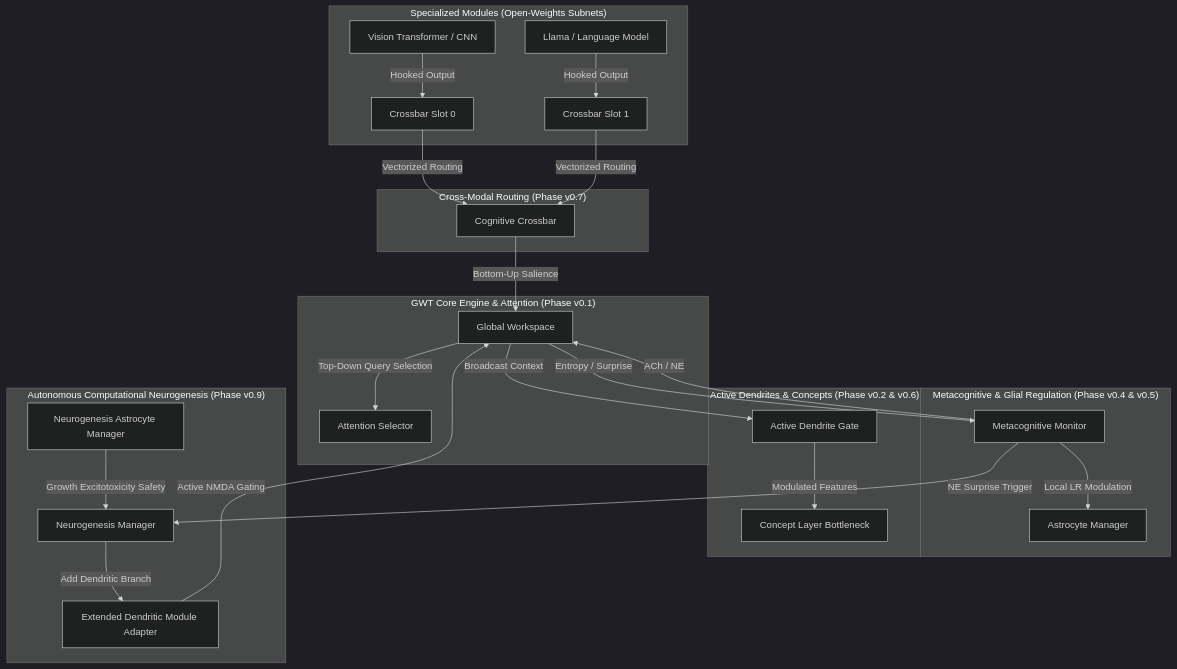
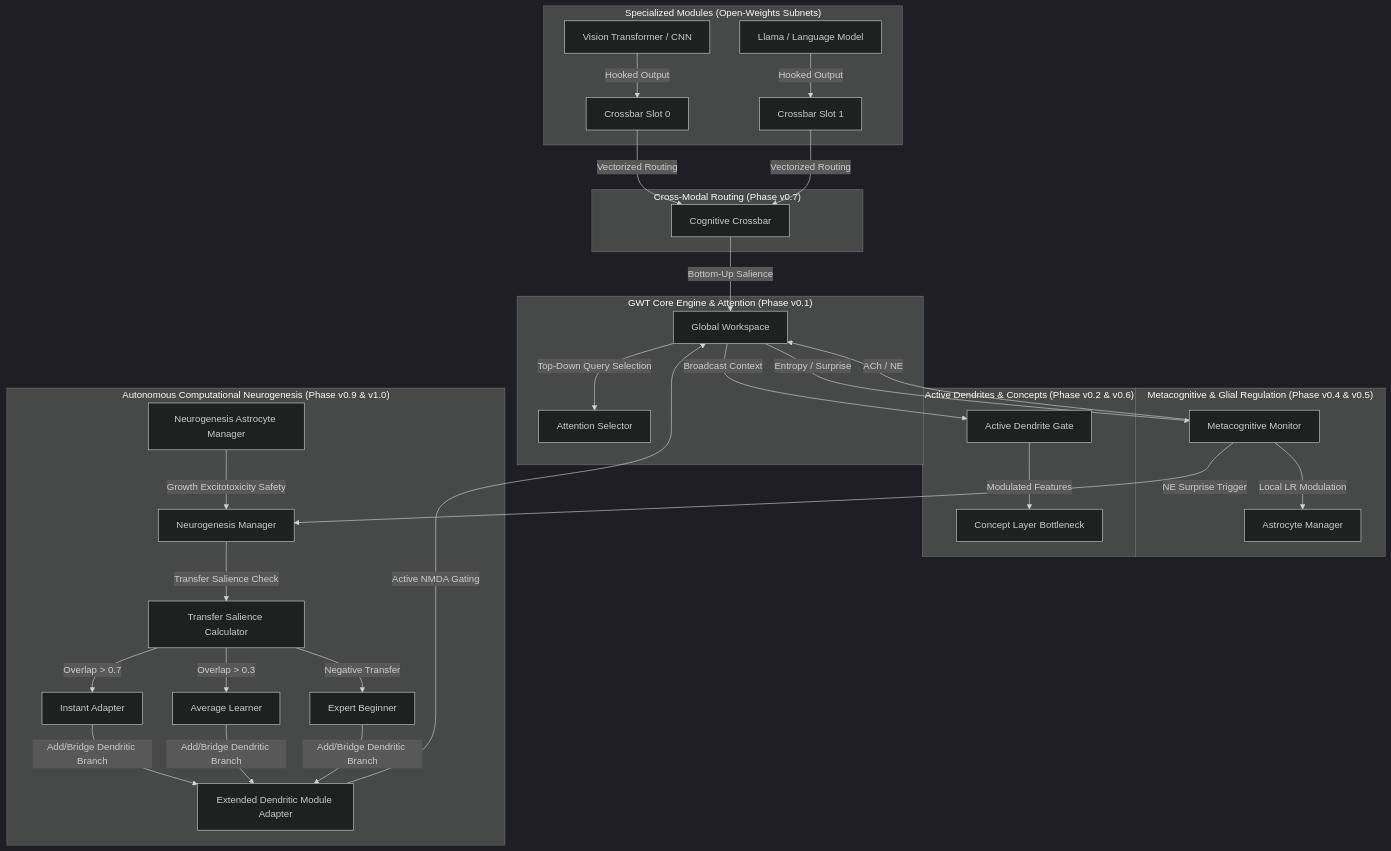
One commit to foxprint666/cognitive-layer changed the diagram in README.md. Above: the diagram before and after it, drawn with Mermaid (dark theme). The commit also changed other lines of this file and 1 other file, not shown here.

Commit message:
docs: Update README with Phase 1.0 diagrams, fix installation commands, correct Quick Start snippet, and fix engine gc bug

````diff
--- a/README.md
+++ b/README.md
@@ -17,34 +17,38 @@
 ```mermaid
 graph TD
     subgraph SM ["Specialized Modules (Open-Weights Subnets)"]
         M1[Vision Transformer / CNN] -->|Hooked Output| A1[Crossbar Slot 0]
         M2[Llama / Language Model] -->|Hooked Output| A2[Crossbar Slot 1]
     end
 
     subgraph CMR ["Cross-Modal Routing (Phase v0.7)"]
         A1 & A2 -->|Vectorized Routing| CC[Cognitive Crossbar]
     end
 
     subgraph GCE ["GWT Core Engine & Attention (Phase v0.1)"]
         CC -->|Bottom-Up Salience| GW[Global Workspace]
         GW -->|Top-Down Query Selection| AS[Attention Selector]
     end
 
     subgraph MGR ["Metacognitive & Glial Regulation (Phase v0.4 & v0.5)"]
         GW -->|Entropy / Surprise| MM[Metacognitive Monitor]
         MM -->|ACh / NE| GW
         MM -->|Local LR Modulation| AM[Astrocyte Manager]
     end
 
     subgraph ADC ["Active Dendrites & Concepts (Phase v0.2 & v0.6)"]
         GW -->|Broadcast Context| ADG[Active Dendrite Gate]
         ADG -->|Modulated Features| CL[Concept Layer Bottleneck]
     end
 
-    subgraph ACN ["Autonomous Computational Neurogenesis (Phase v0.9)"]
+    subgraph ACN ["Autonomous Computational Neurogenesis (Phase v0.9 & v1.0)"]
         MM -->|NE Surprise Trigger| NM[Neurogenesis Manager]
-        NM -->|Add Dendritic Branch| EDMA[Extended Dendritic Module Adapter]
+        NM -->|Transfer Salience Check| TSC[Transfer Salience Calculator]
+        TSC -->|Overlap > 0.7| IA[Instant Adapter]
+        TSC -->|Overlap > 0.3| AL[Average Learner]
+        TSC -->|Negative Transfer| EB[Expert Beginner]
+        IA & AL & EB -->|Add/Bridge Dendritic Branch| EDMA[Extended Dendritic Module Adapter]
         NAM[Neurogenesis Astrocyte Manager] -->|Growth Excitotoxicity Safety| NM
         EDMA -->|Active NMDA Gating| GW
     end
 ```
````
